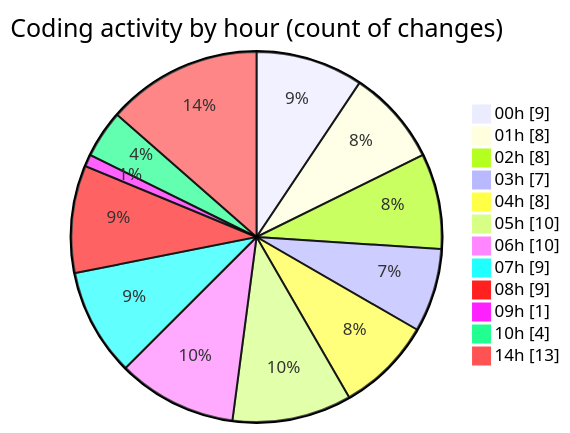
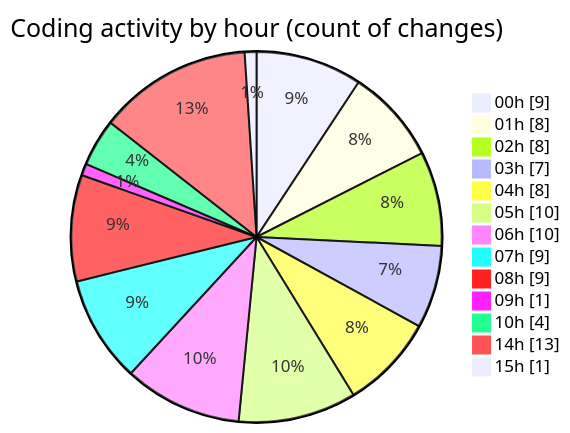
Before and after one commit to jrari/code-tracking: the second of 2 diagrams in 2025-07-14/telebot/README.md, drawn with Mermaid. The commit also changed other lines of this file and 1 other file, not shown here.

````diff
--- a/2025-07-14/telebot/README.md
+++ b/2025-07-14/telebot/README.md
@@ -65,16 +66,17 @@
 ```mermaid
 pie showData
 title Coding activity by hour (count of changes)
 "00h" : 9
 "01h" : 8
 "02h" : 8
 "03h" : 7
 "04h" : 8
 "05h" : 10
 "06h" : 10
 "07h" : 9
 "08h" : 9
 "09h" : 1
 "10h" : 4
 "14h" : 13
+"15h" : 1
 ```
````
